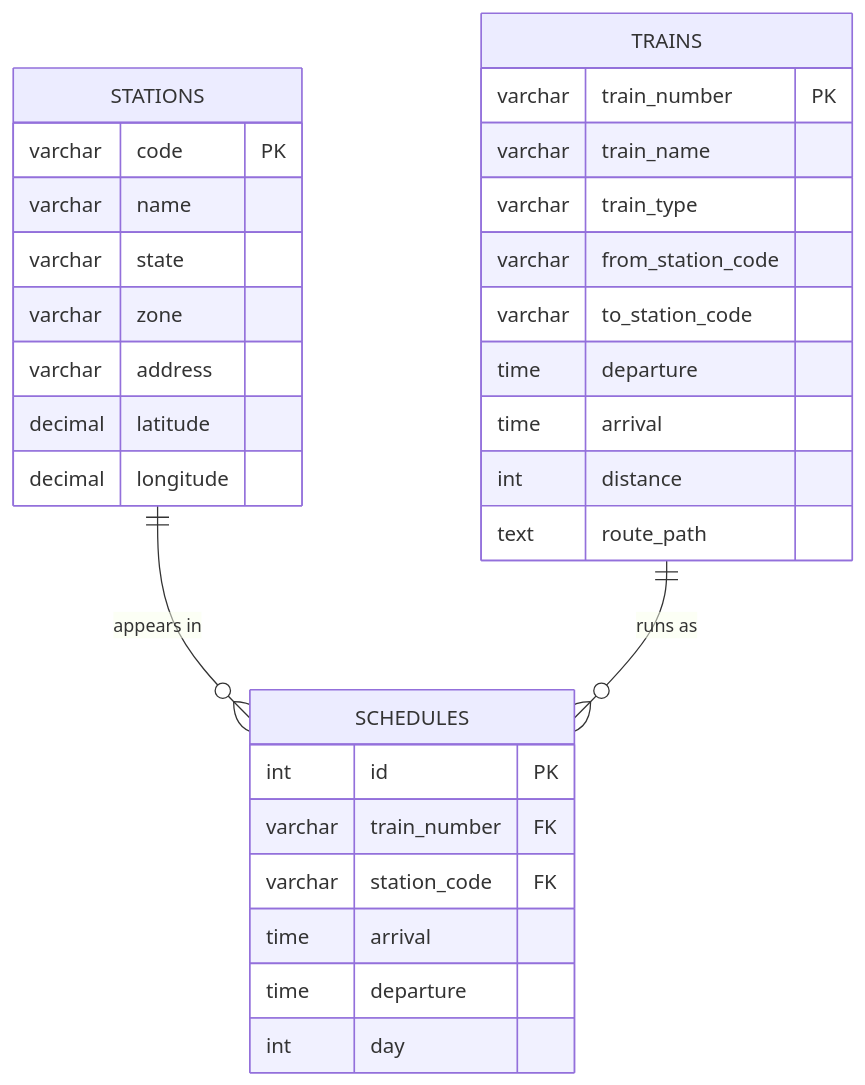
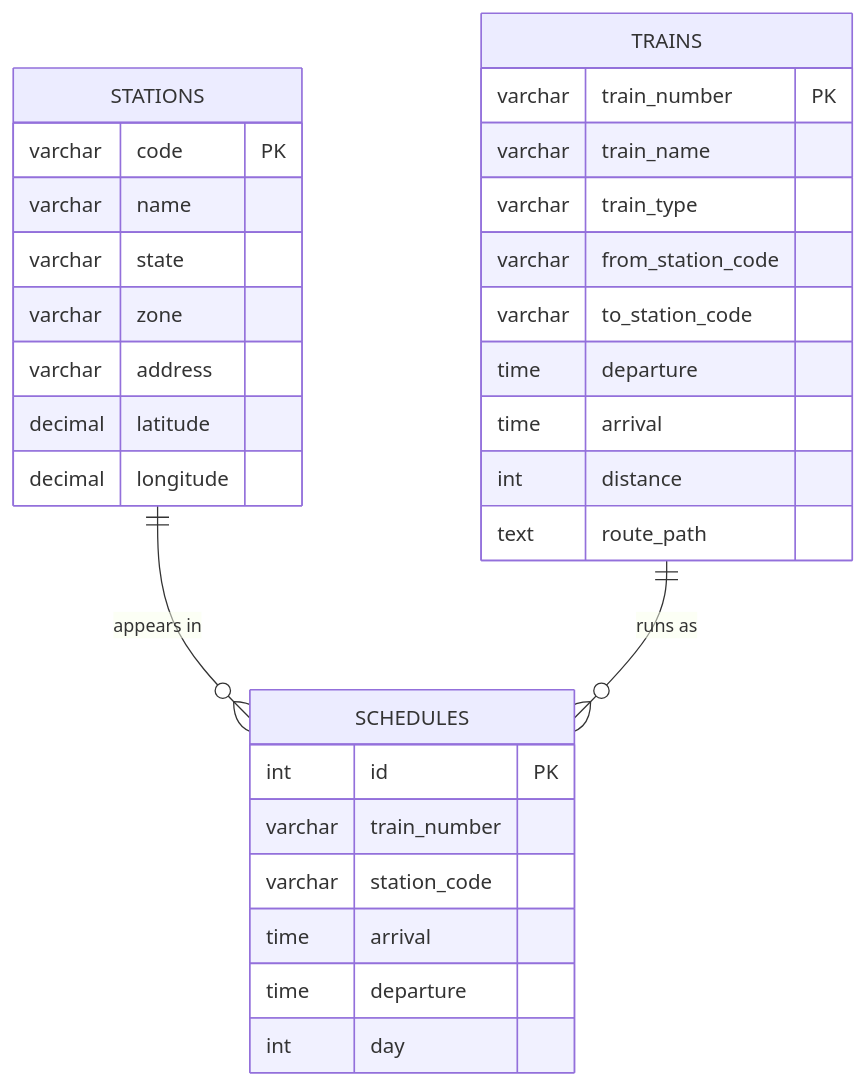
Before and after one commit to Nithiish1/railways-sql-optimization: the diagram in README.md, drawn with Mermaid. The commit also changed other lines of this file and 42 other files, not shown here.

````diff
--- a/README.md
+++ b/README.md
@@ -72,33 +76,33 @@
 ```mermaid
 erDiagram
   STATIONS ||--o{ SCHEDULES : "appears in"
   TRAINS ||--o{ SCHEDULES : "runs as"
   STATIONS {
     varchar code PK
     varchar name
     varchar state
     varchar zone
     varchar address
     decimal latitude
     decimal longitude
   }
   TRAINS {
     varchar train_number PK
     varchar train_name
     varchar train_type
     varchar from_station_code
     varchar to_station_code
     time departure
     time arrival
     int distance
     text route_path
   }
   SCHEDULES {
     int id PK
-    varchar train_number FK
-    varchar station_code FK
+    varchar train_number
+    varchar station_code
     time arrival
     time departure
     int day
   }
 ```
````
